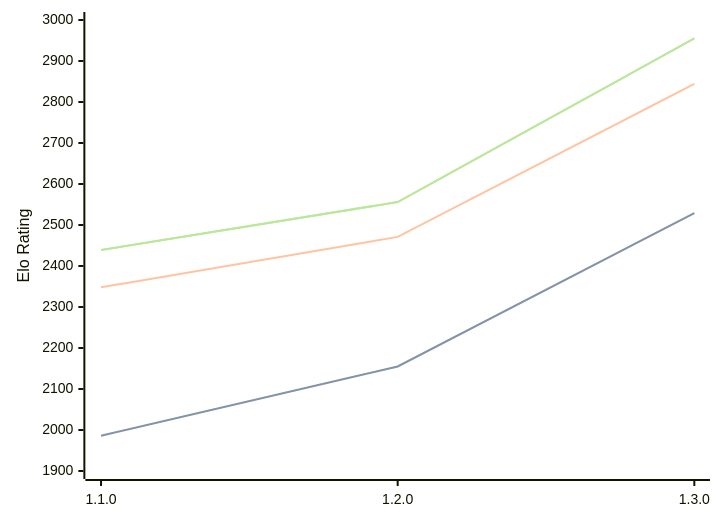
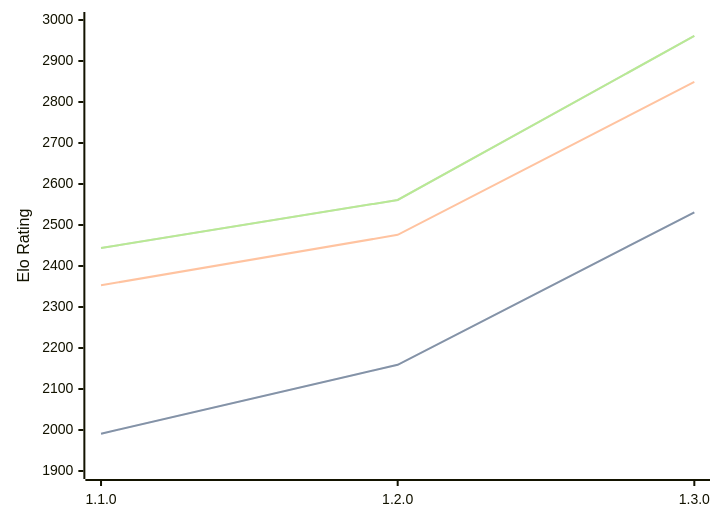
Before and after one commit to computer-chess-index/cci: the diagram in engines/Gyatso.md, drawn with Mermaid. The commit also changed other lines of this file, not shown here.

Commit message:
Update CCI Ratings (ELO VLTC) - 2026-04-14

````diff
--- a/engines/Gyatso.md
+++ b/engines/Gyatso.md
@@ -34,11 +34,11 @@
 ```mermaid
 %%{init: {"theme":"base","themeVariables":{"seriesColors:['#a3a3a3','#222221','#faa371']}}}%%
 xychart-beta
   x-axis ["1.1.0", "1.2.0", "1.3.0"]
   y-axis "Elo Rating" 1900 --> 3000
-  line "STC (8.0+0.08s)" [1986, 2155, 2529]
-  line "STC (8.0+0.08s)" [1986, 2155, 2529]
-  line "LTC (60.0+0.60s)" [2348, 2471, 2844]
-  line "VLTC (2m24s+1.12s)" [2439, 2556, 2955]
-  line "VLTC (2m24s+1.12s)" [2439, 2556, 2955]
+  line "STC (8.0+0.08s)" [1991, 2159, 2531]
+  line "STC (8.0+0.08s)" [1991, 2159, 2531]
+  line "LTC (60.0+0.60s)" [2353, 2476, 2849]
+  line "VLTC (2m24s+1.12s)" [2444, 2561, 2961]
+  line "VLTC (2m24s+1.12s)" [2444, 2561, 2961]
 ```
````
